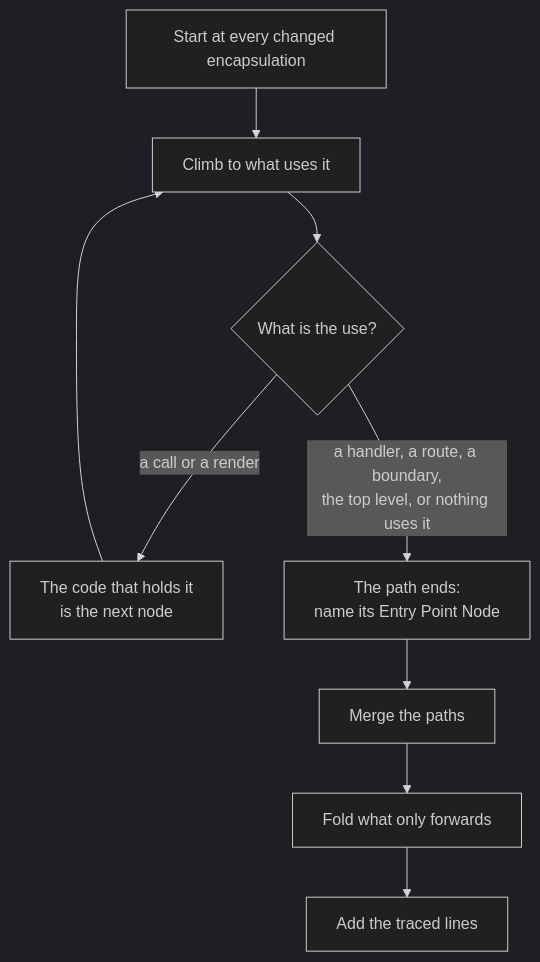
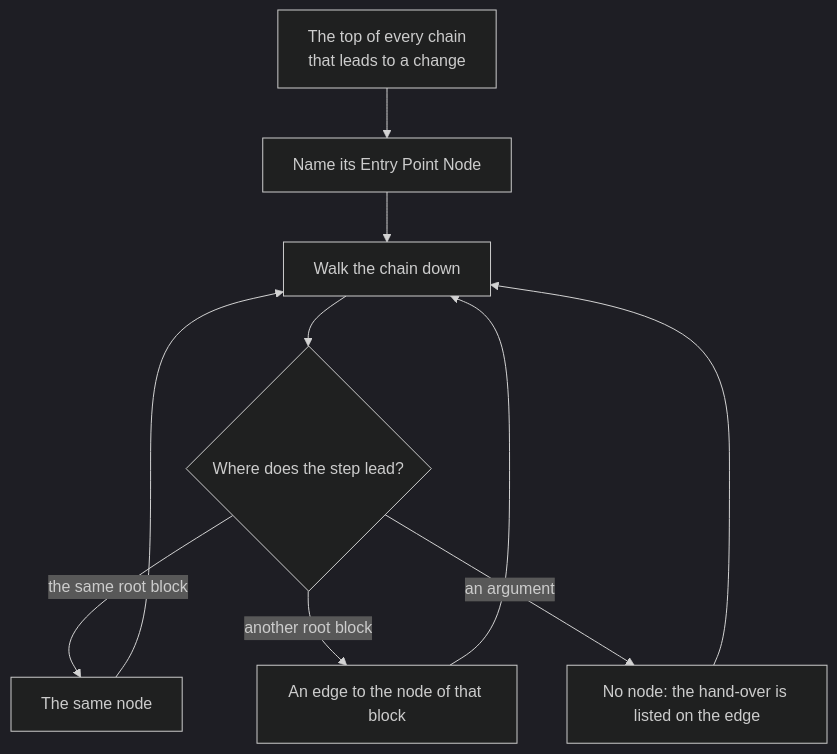
One commit to kidlat-dakila/flight-plan changed the third of 4 diagrams in docs/vocabulary/journey-flow-diagram.md. Above: the diagram before and after it, drawn with Mermaid (dark theme). The commit also changed other lines of this file and 400 other files, not shown here.

````diff
--- a/docs/vocabulary/journey-flow-diagram.md
+++ b/docs/vocabulary/journey-flow-diagram.md
@@ -99,11 +106,12 @@
 ```mermaid
 flowchart TD
-  start["Start at every changed encapsulation"] --> climb["Climb to what uses it"]
-  climb --> role{"What is the use?"}
-  role -->|"a call or a render"| next["The code that holds it<br/>is the next node"]
-  next --> climb
-  role -->|"a handler, a route, a boundary,<br/>the top level, or nothing uses it"| entry["The path ends:<br/>name its Entry Point Node"]
-  entry --> merge["Merge the paths"]
-  merge --> fold["Fold what only forwards"]
-  fold --> lines["Add the traced lines"]
+  tops["The top of every chain<br/>that leads to a change"] --> entry["Name its Entry Point Node"]
+  entry --> walk["Walk the chain down"]
+  walk --> step{"Where does the step lead?"}
+  step -->|"the same root block"| same["The same node"]
+  step -->|"another root block"| edge["An edge to the node of that block"]
+  step -->|"an argument"| pass["No node: the hand-over is listed on the edge"]
+  same --> walk
+  edge --> walk
+  pass --> walk
 ```
````
